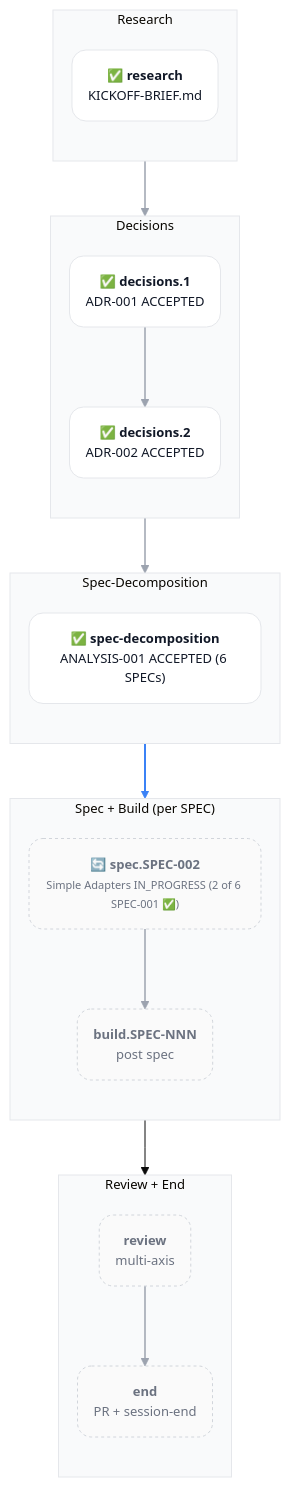
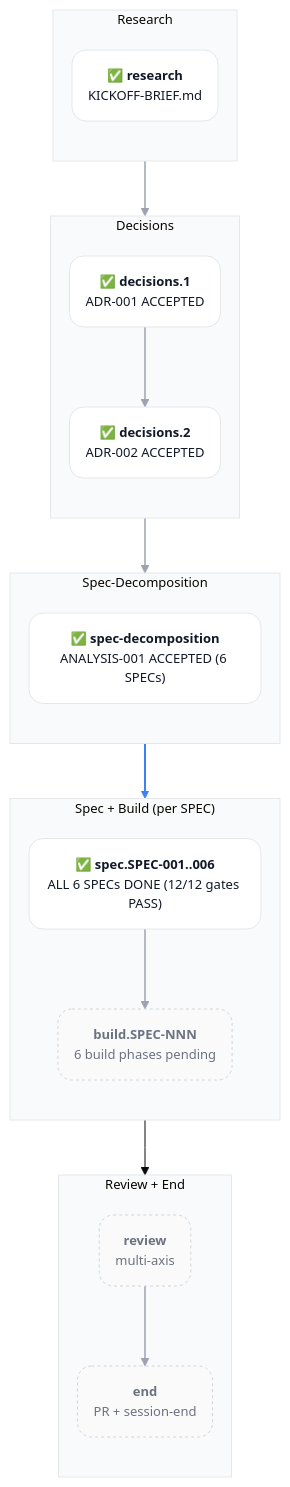
The first of 10 diagrams in docs/planning/PLAN-001-skills-ecosystem.md (acmelabs-15/skills), drawn with Mermaid before and after one commit. The commit also changed other lines of this file, not shown here.

````diff
--- a/docs/planning/PLAN-001-skills-ecosystem.md
+++ b/docs/planning/PLAN-001-skills-ecosystem.md
@@ -77,49 +77,49 @@
 ```mermaid
 %%{init: {'theme':'base','flowchart':{'curve':'stepAfter','nodeSpacing':18,'rankSpacing':55,'padding':16,'diagramPadding':20,'htmlLabels':true},'themeVariables':{'fontFamily':'-apple-system, BlinkMacSystemFont, system-ui, sans-serif','fontSize':'13px','clusterBkg':'#f9fafb','clusterBorder':'#e5e7eb'},'themeCSS':'.edgePath path, .flowchart-link { stroke-linejoin: round !important; stroke-linecap: round !important; } .cluster-label .nodeLabel { font-family: ui-monospace, SFMono-Regular, Menlo, monospace !important; font-size: 11px !important; font-weight: 600 !important; letter-spacing: 0.1em !important; text-transform: uppercase !important; color: #6b7280 !important; }'}}%%
 graph TD
 
   classDef done fill:#ffffff,stroke:#e5e7eb,stroke-width:1px,color:#111827,rx:14,ry:14
   classDef pending fill:#fafafa,stroke:#d1d5db,stroke-width:1px,color:#6b7280,stroke-dasharray:3 3,rx:14,ry:14
 
   subgraph R ["Research"]
     direction TB
     research("✅ <b>research</b><br/><span style='color:#6b7280;font-size:11px'>KICKOFF-BRIEF.md</span>")
   end
 
   subgraph D ["Decisions"]
     direction TB
     d1("✅ <b>decisions.1</b><br/><span style='color:#6b7280;font-size:11px'>ADR-001 ACCEPTED</span>")
     d2("✅ <b>decisions.2</b><br/><span style='color:#6b7280;font-size:11px'>ADR-002 ACCEPTED</span>")
   end
 
   subgraph S ["Spec-Decomposition"]
     direction TB
     sd("✅ <b>spec-decomposition</b><br/><span style='color:#6b7280;font-size:11px'>ANALYSIS-001 ACCEPTED (6 SPECs)</span>")
   end
 
   subgraph SB ["Spec + Build (per SPEC)"]
     direction TB
-    spec_n("🔄 <b>spec.SPEC-002</b><br/><span style='color:#6b7280;font-size:11px'>Simple Adapters IN_PROGRESS (2 of 6; SPEC-001 ✅)</span>")
-    build_n("<b>build.SPEC-NNN</b><br/><span style='color:#6b7280;font-size:11px'>post spec</span>")
+    spec_n("✅ <b>spec.SPEC-001..006</b><br/><span style='color:#6b7280;font-size:11px'>ALL 6 SPECs DONE (12/12 gates PASS)</span>")
+    build_n("<b>build.SPEC-NNN</b><br/><span style='color:#6b7280;font-size:11px'>6 build phases pending</span>")
     spec_n --> build_n
   end
 
   subgraph RE ["Review + End"]
     direction TB
     review("<b>review</b><br/><span style='color:#6b7280;font-size:11px'>multi-axis</span>")
     fin("<b>end</b><br/><span style='color:#6b7280;font-size:11px'>PR + session-end</span>")
     review --> fin
   end
 
   research --> d1
   d1 --> d2
   d2 --> sd
   sd --> spec_n
   build_n --> review
 
-  class research,d1,d2,sd done
-  class spec_n,build_n,review,fin pending
+  class research,d1,d2,sd,spec_n done
+  class build_n,review,fin pending
 
   linkStyle 0,1,2,3,4 stroke:#9ca3af,stroke-width:1.5px
   linkStyle 5 stroke:#3b82f6,stroke-width:2px
 ```
````
